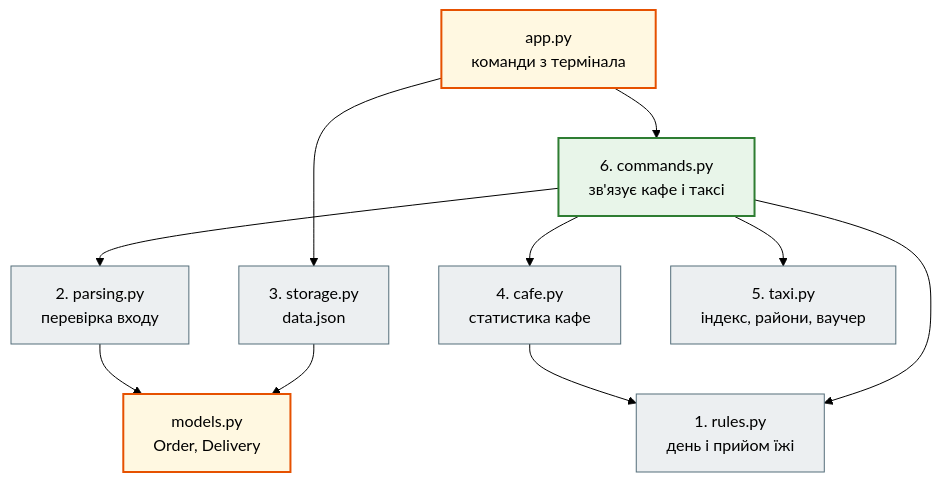
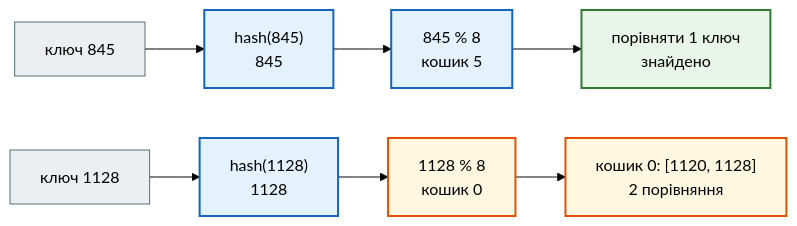
Before and after one commit to AlinaRadchenko/PY-Course-Victor-Nikoriak-22-09-2026: the third of 3 diagrams in docs/modules/m1/lesson_17.md, drawn with Mermaid (forest theme). The commit also changed other lines of this file and 1846 other files, not shown here.

````diff
--- a/docs/modules/m1/lesson_17.md
+++ b/docs/modules/m1/lesson_17.md
@@ -218,22 +330,17 @@
 ```mermaid
-flowchart TD
+flowchart LR
     classDef step     fill:#eceff1,stroke:#546e7a,stroke-width:1px;
     classDef decision fill:#e3f2fd,stroke:#1565c0,stroke-width:2px;
     classDef success  fill:#e8f5e9,stroke:#2e7d32,stroke-width:2px;
     classDef error    fill:#ffebee,stroke:#c62828,stroke-width:3px;
     classDef warning  fill:#fff8e1,stroke:#e65100,stroke-width:2px;
 
-    APP["app.py<br>команди з термінала"] --> CMD["6. commands.py<br>зв'язує кафе і таксі"]
-    APP --> ST["3. storage.py<br>data.json"]
-    CMD --> PR["2. parsing.py<br>перевірка входу"]
-    CMD --> CAFE["4. cafe.py<br>статистика кафе"]
-    CMD --> TAXI["5. taxi.py<br>індекс, райони, ваучер"]
-    CAFE --> RU["1. rules.py<br>день і прийом їжі"]
-    CMD --> RU
-    PR --> MOD["models.py<br>Order, Delivery"]
-    ST --> MOD
+    K["ключ 845"] --> H["hash(845)<br>845"] --> B["845 % 8<br>кошик 5"] --> C["порівняти 1 ключ<br>знайдено"]
+    K2["ключ 1128"] --> H2["hash(1128)<br>1128"] --> B2["1128 % 8<br>кошик 0"] --> C2["кошик 0: [1120, 1128]<br>2 порівняння"]
 
-    class APP,MOD warning
-    class CMD success
-    class ST,PR,CAFE,TAXI,RU step
+    class K,K2 step
+    class H,H2,B decision
+    class B2 warning
+    class C success
+    class C2 warning
 ```
````
